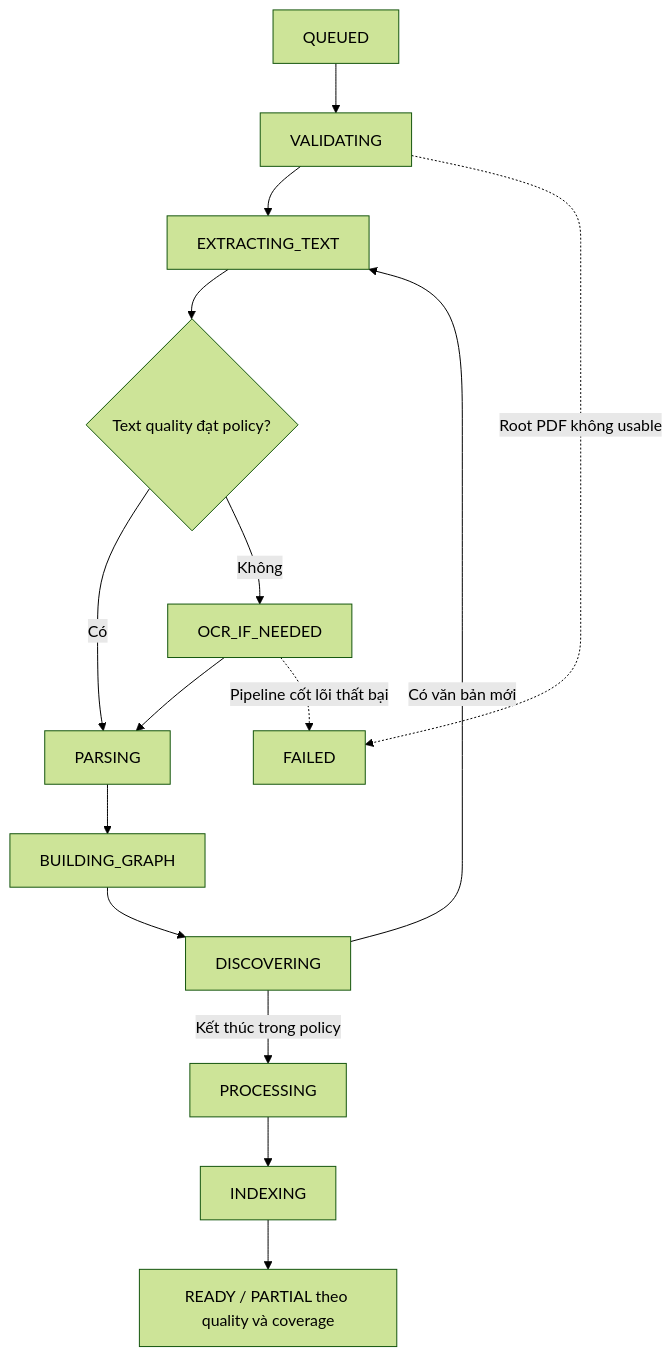
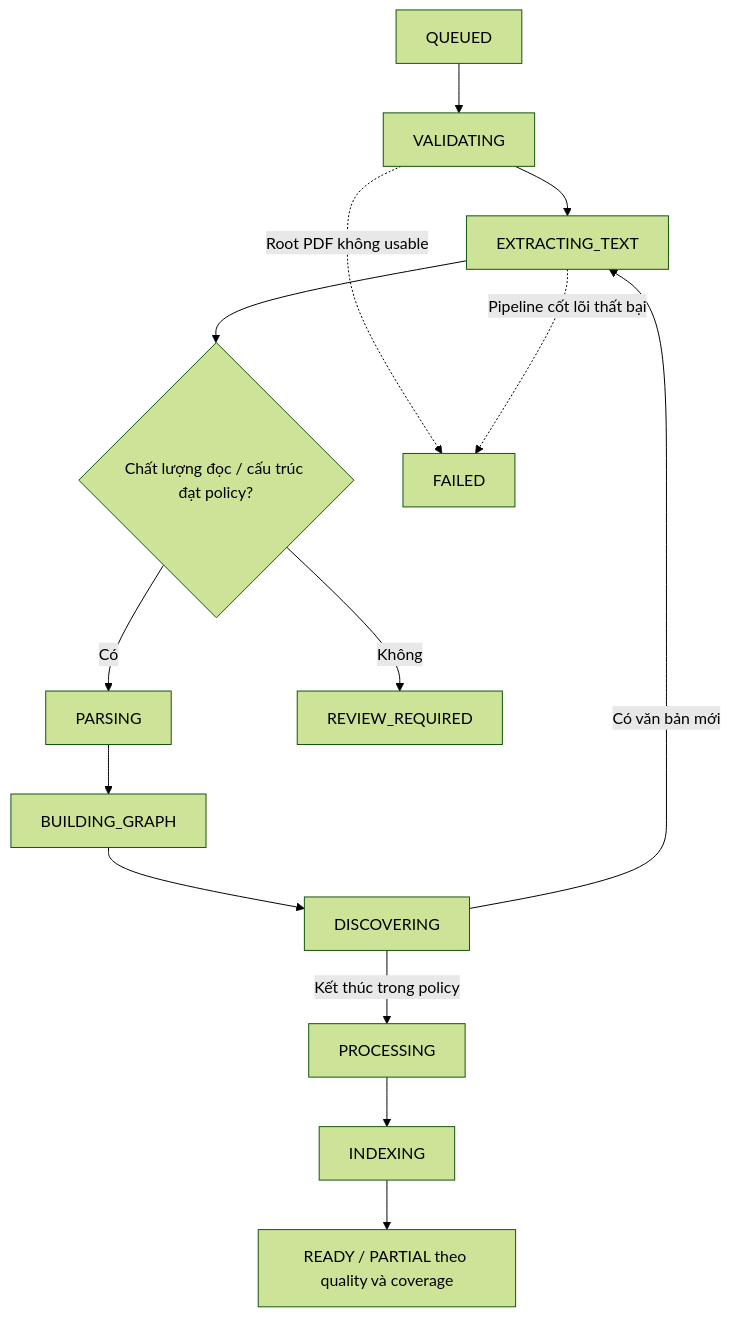
Before and after one commit to NamPE286/INT3011E_6: the ninth of 44 diagrams in docs/srs.md, drawn with Mermaid (forest theme). The commit also changed other lines of this file and 1 other file, not shown here.

````diff
--- a/docs/srs.md
+++ b/docs/srs.md
@@ -629,17 +634,16 @@
 ```mermaid
 flowchart TB
     Q["QUEUED"] --> V["VALIDATING"]
     V --> T["EXTRACTING_TEXT"]
-    T --> Quality{"Text quality đạt policy?"}
+    T --> Quality{"Chất lượng đọc / cấu trúc đạt policy?"}
     Quality -->|"Có"| P["PARSING"]
-    Quality -->|"Không"| OCR["OCR_IF_NEEDED"]
-    OCR --> P
+    Quality -->|"Không"| Review["REVIEW_REQUIRED"]
     P --> G["BUILDING_GRAPH"]
     G --> D["DISCOVERING"]
     D -->|"Có văn bản mới"| T
     D -->|"Kết thúc trong policy"| Process["PROCESSING"]
     Process --> I["INDEXING"]
     I --> R["READY / PARTIAL theo quality và coverage"]
     V -.->|"Root PDF không usable"| F["FAILED"]
-    OCR -.->|"Pipeline cốt lõi thất bại"| F
+    T -.->|"Pipeline cốt lõi thất bại"| F
 ```
````
